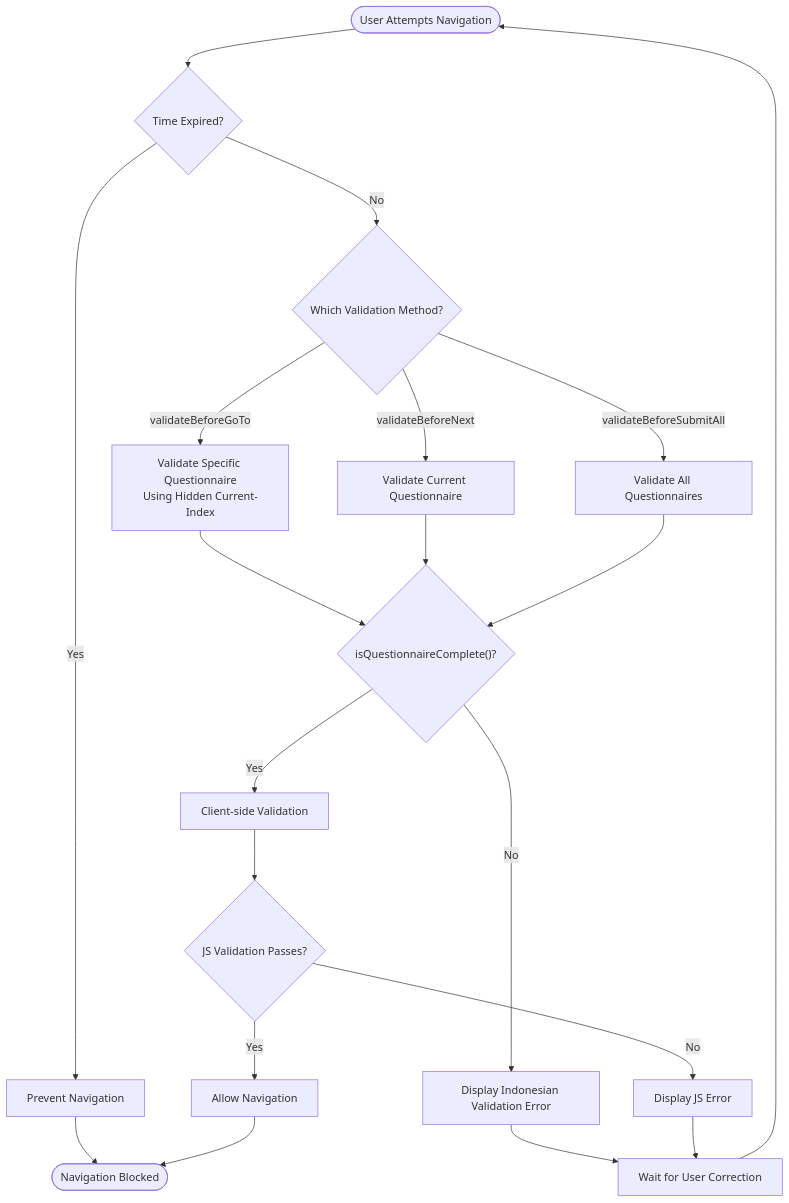
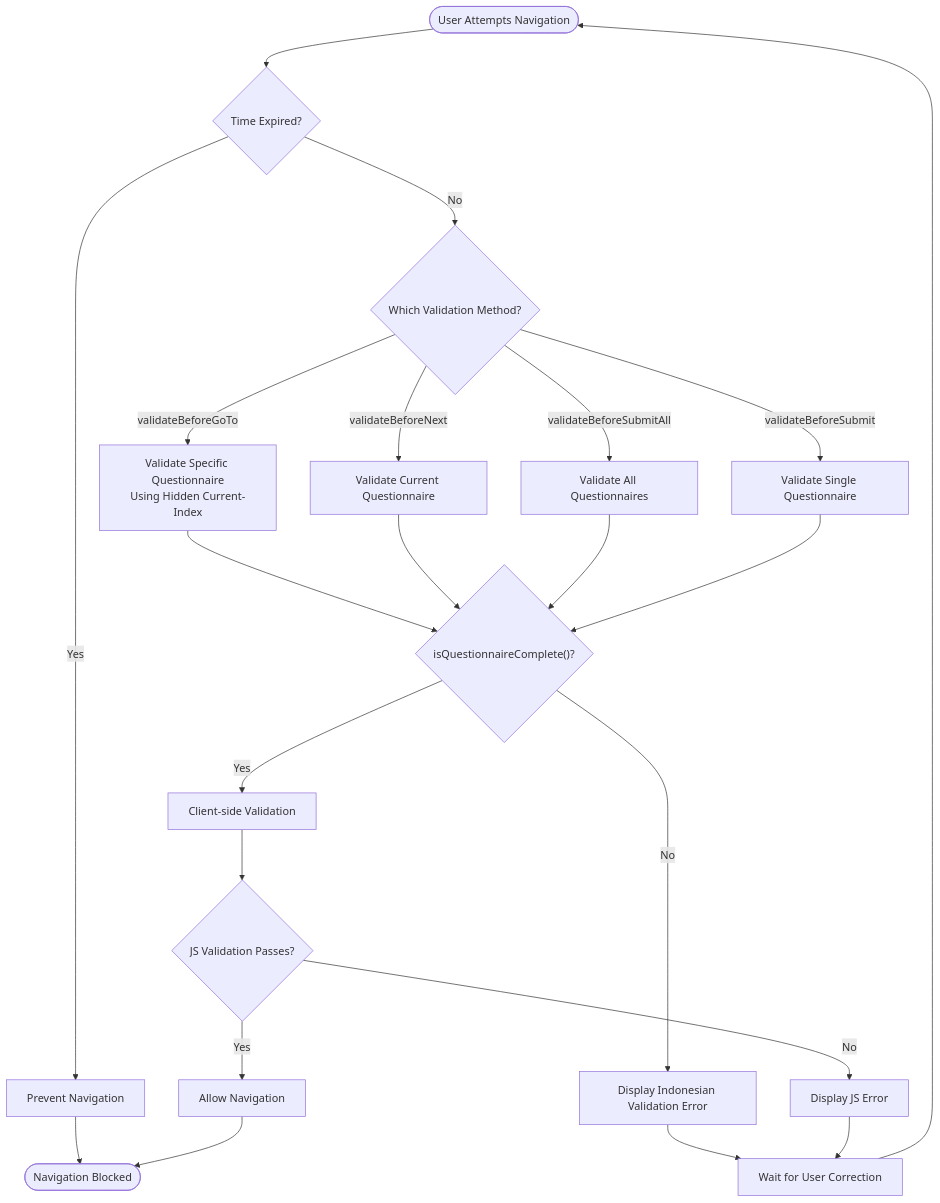
Before and after one commit to rudicatsmile/assesment360: the second of 9 diagrams in .qoder/repowiki/en/content/Core Features/Evaluation Workflows/Questionnaire Filling Interface.md, drawn with Mermaid. The commit also changed other lines of this file and 4 other files, not shown here.

````diff
--- a/.qoder/repowiki/en/content/Core Features/Evaluation Workflows/Questionnaire Filling Interface.md
+++ b/.qoder/repowiki/en/content/Core Features/Evaluation Workflows/Questionnaire Filling Interface.md
@@ -202,22 +204,24 @@
 ```mermaid
 flowchart TD
 Start(["User Attempts Navigation"]) --> CheckTime{"Time Expired?"}
 CheckTime --> |Yes| Prevent["Prevent Navigation"]
 CheckTime --> |No| CheckMethod{"Which Validation Method?"}
 CheckMethod --> |validateBeforeGoTo| ValidateGoTo["Validate Specific Questionnaire<br/>Using Hidden Current-Index"]
 CheckMethod --> |validateBeforeNext| ValidateNext["Validate Current Questionnaire"]
 CheckMethod --> |validateBeforeSubmitAll| ValidateAll["Validate All Questionnaires"]
+CheckMethod --> |validateBeforeSubmit| ValidateSingle["Validate Single Questionnaire"]
 ValidateGoTo --> CheckComplete{"isQuestionnaireComplete()?"}
 ValidateNext --> CheckComplete
 ValidateAll --> CheckComplete
+ValidateSingle --> CheckComplete
 CheckComplete --> |No| ShowError["Display Indonesian Validation Error"]
 CheckComplete --> |Yes| CheckJS["Client-side Validation"]
 CheckJS --> JSError{"JS Validation Passes?"}
 JSError --> |No| ShowJSError["Display JS Error"]
 JSError --> |Yes| AllowNav["Allow Navigation"]
 ShowError --> Wait["Wait for User Correction"]
 ShowJSError --> Wait
 Wait --> Start
 Prevent --> End(["Navigation Blocked"])
 AllowNav --> End
 ```
````
